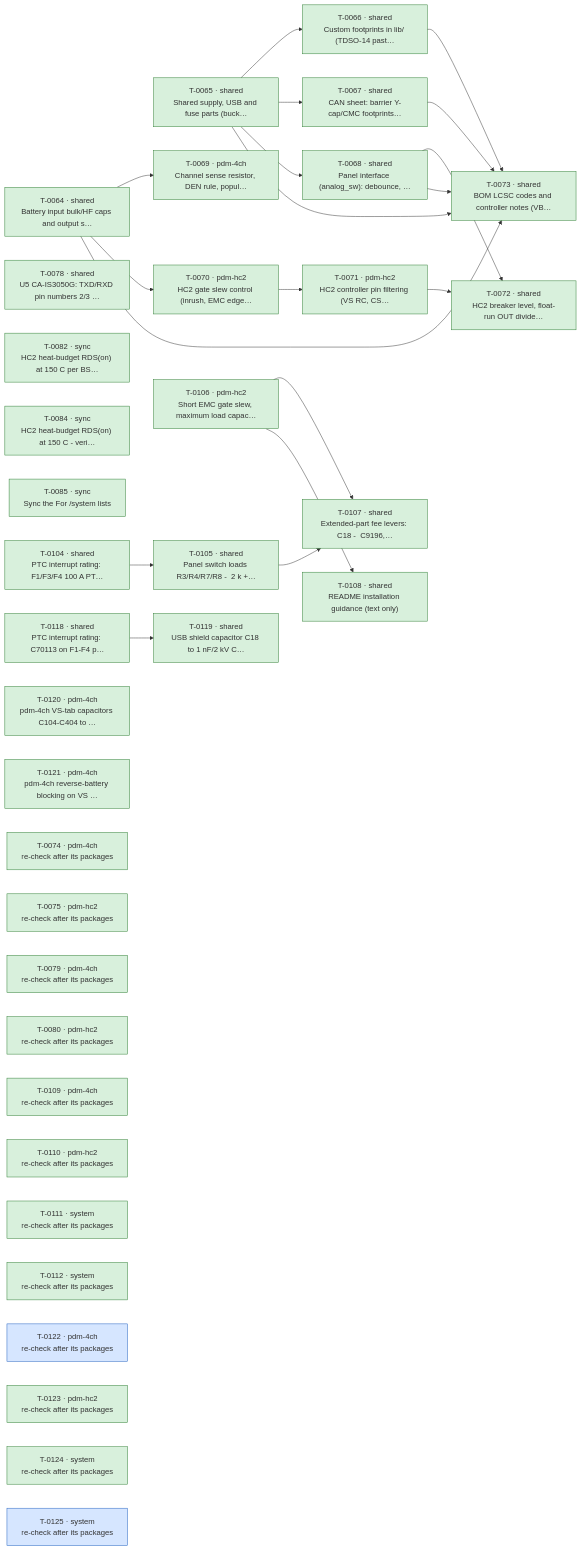
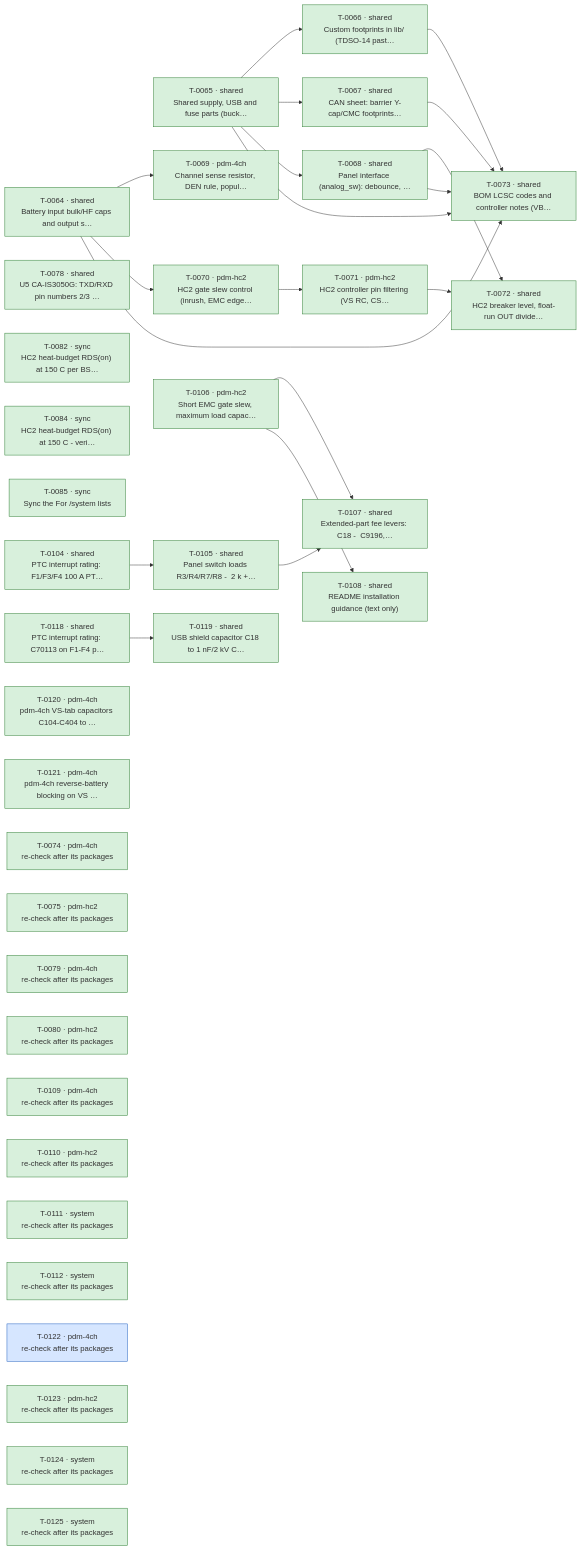
Before and after one commit to plektra/ESP32-PDM: the diagram in docs/ROADMAP.md, drawn with Mermaid. The commit also changed other lines of this file and 3 other files, not shown here.

````diff
--- a/docs/ROADMAP.md
+++ b/docs/ROADMAP.md
@@ -18,60 +18,60 @@
 ```mermaid
 flowchart LR
   T0064["T-0064 · shared<br/>Battery input bulk/HF caps and output s…"]:::done
   T0065["T-0065 · shared<br/>Shared supply, USB and fuse parts (buck…"]:::done
   T0066["T-0066 · shared<br/>Custom footprints in lib/ (TDSO-14 past…"]:::done
   T0067["T-0067 · shared<br/>CAN sheet: barrier Y-cap/CMC footprints…"]:::done
   T0068["T-0068 · shared<br/>Panel interface (analog_sw): debounce, …"]:::done
   T0069["T-0069 · pdm-4ch<br/>Channel sense resistor, DEN rule, popul…"]:::done
   T0070["T-0070 · pdm-hc2<br/>HC2 gate slew control (inrush, EMC edge…"]:::done
   T0071["T-0071 · pdm-hc2<br/>HC2 controller pin filtering (VS RC, CS…"]:::done
   T0072["T-0072 · shared<br/>HC2 breaker level, float-run OUT divide…"]:::done
   T0073["T-0073 · shared<br/>BOM LCSC codes and controller notes (VB…"]:::done
   T0078["T-0078 · shared<br/>U5 CA-IS3050G: TXD/RXD pin numbers 2/3 …"]:::done
   T0082["T-0082 · sync<br/>HC2 heat-budget RDS(on) at 150 C per BS…"]:::done
   T0084["T-0084 · sync<br/>HC2 heat-budget RDS(on) at 150 C - veri…"]:::done
   T0085["T-0085 · sync<br/>Sync the  For /system  lists"]:::done
   T0104["T-0104 · shared<br/>PTC interrupt rating: F1/F3/F4 100 A PT…"]:::done
   T0105["T-0105 · shared<br/>Panel switch loads R3/R4/R7/R8 -  2 k +…"]:::done
   T0106["T-0106 · pdm-hc2<br/>Short EMC gate slew, maximum load capac…"]:::done
   T0107["T-0107 · shared<br/>Extended-part fee levers: C18 -  C9196,…"]:::done
   T0108["T-0108 · shared<br/>README installation guidance (text only)"]:::done
   T0118["T-0118 · shared<br/>PTC interrupt rating: C70113 on F1-F4 p…"]:::done
   T0119["T-0119 · shared<br/>USB shield capacitor C18 to 1 nF/2 kV C…"]:::done
   T0120["T-0120 · pdm-4ch<br/>pdm-4ch VS-tab capacitors C104-C404 to …"]:::done
   T0121["T-0121 · pdm-4ch<br/>pdm-4ch reverse-battery blocking on VS …"]:::done
   T0074["T-0074 · pdm-4ch<br/>re-check after its packages"]:::done
   T0075["T-0075 · pdm-hc2<br/>re-check after its packages"]:::done
   T0079["T-0079 · pdm-4ch<br/>re-check after its packages"]:::done
   T0080["T-0080 · pdm-hc2<br/>re-check after its packages"]:::done
   T0109["T-0109 · pdm-4ch<br/>re-check after its packages"]:::done
   T0110["T-0110 · pdm-hc2<br/>re-check after its packages"]:::done
   T0111["T-0111 · system<br/>re-check after its packages"]:::done
   T0112["T-0112 · system<br/>re-check after its packages"]:::done
   T0122["T-0122 · pdm-4ch<br/>re-check after its packages"]:::running
   T0123["T-0123 · pdm-hc2<br/>re-check after its packages"]:::done
   T0124["T-0124 · system<br/>re-check after its packages"]:::done
-  T0125["T-0125 · system<br/>re-check after its packages"]:::running
+  T0125["T-0125 · system<br/>re-check after its packages"]:::done
   T0065 --> T0066
   T0065 --> T0067
   T0065 --> T0068
   T0064 --> T0069
   T0064 --> T0070
   T0070 --> T0071
   T0068 --> T0072
   T0071 --> T0072
   T0064 --> T0073
   T0065 --> T0073
   T0066 --> T0073
   T0067 --> T0073
   T0068 --> T0073
   T0104 --> T0105
   T0105 --> T0107
   T0106 --> T0107
   T0106 --> T0108
   T0118 --> T0119
   classDef done fill:#d8f0dc,stroke:#2e7d32
   classDef running fill:#d6e6ff,stroke:#1f5fbf
   classDef ready fill:#f2f2f2,stroke:#888
   classDef failed fill:#f9d9d9,stroke:#b3261e
 ```
````
